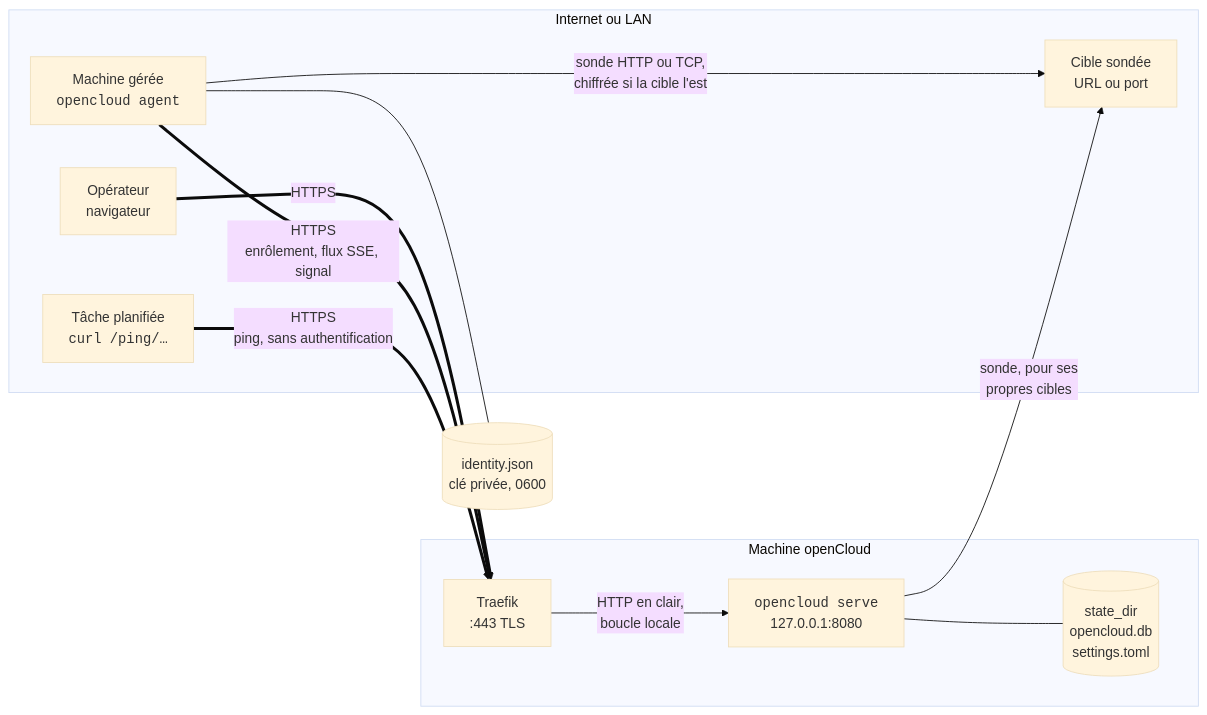
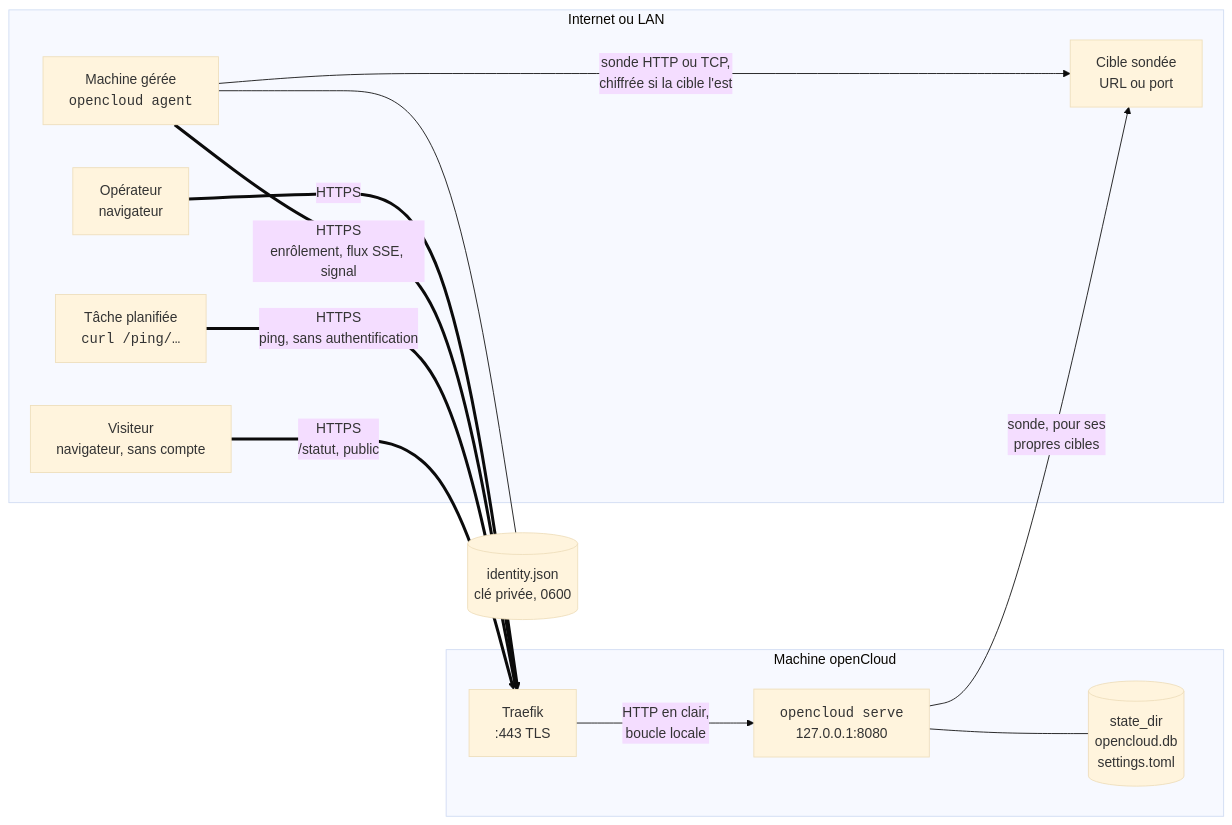
Before and after one commit to ldesfontaine/opencloud: the diagram in docs/projet/22-fonctionnement.md, drawn with Mermaid (base theme). The commit also changed other lines of this file and 2 other files, not shown here.

Commit message:
docs(statut): comment la page est publiée, ce que le public voit et ne voit jamais, tables, limites, rétention

````diff
--- a/docs/projet/22-fonctionnement.md
+++ b/docs/projet/22-fonctionnement.md
@@ -24,22 +25,24 @@
 ```mermaid
 flowchart LR
     subgraph internet["Internet ou LAN"]
         op["Opérateur<br>navigateur"]
         ag["Machine gérée<br><code>opencloud agent</code>"]
         job["Tâche planifiée<br><code>curl /ping/…</code>"]
         tgt["Cible sondée<br>URL ou port"]
+        vis["Visiteur<br>navigateur, sans compte"]
     end
     subgraph oc["Machine openCloud"]
         tr["Traefik<br>:443 TLS"]
         srv["<code>opencloud serve</code><br>127.0.0.1:8080"]
         db[("state_dir<br>opencloud.db<br>settings.toml")]
         tr -- "HTTP en clair,<br>boucle locale" --> srv
         srv --- db
     end
     op == "HTTPS" ==> tr
     ag == "HTTPS<br>enrôlement, flux SSE, signal" ==> tr
     job == "HTTPS<br>ping, sans authentification" ==> tr
+    vis == "HTTPS<br>/statut, public" ==> tr
     ag -- "sonde HTTP ou TCP,<br>chiffrée si la cible l'est" --> tgt
     srv -- "sonde, pour ses<br>propres cibles" --> tgt
     ag --- id[("identity.json<br>clé privée, 0600")]
 ```
````
